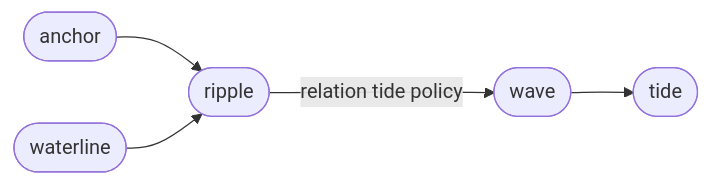
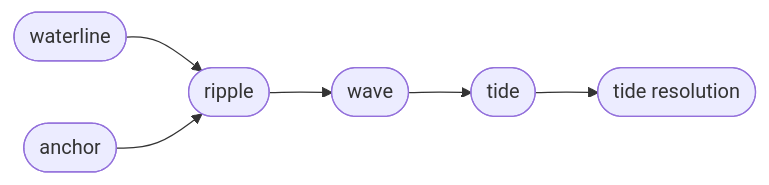
The diagram in .sirno/lake/tide.md (Gorgeous-Patrick/sirno), drawn with Mermaid before and after one commit. The commit also changed other lines of this file and 50 other files, not shown here.

````diff
--- a/.sirno/lake/tide.md
+++ b/.sirno/lake/tide.md
@@ -22,12 +36,12 @@
 ```mermaid
 flowchart LR
+    waterline([waterline])
     anchor([anchor])
-    waterline([waterline])
     ripple([ripple])
     wave([wave])
     tide([tide])
+    resolution([tide resolution])
+    waterline --> ripple
     anchor --> ripple
-    waterline --> ripple
-    ripple -->|relation tide policy| wave
-    wave --> tide
+    ripple --> wave --> tide --> resolution
 ```
````
